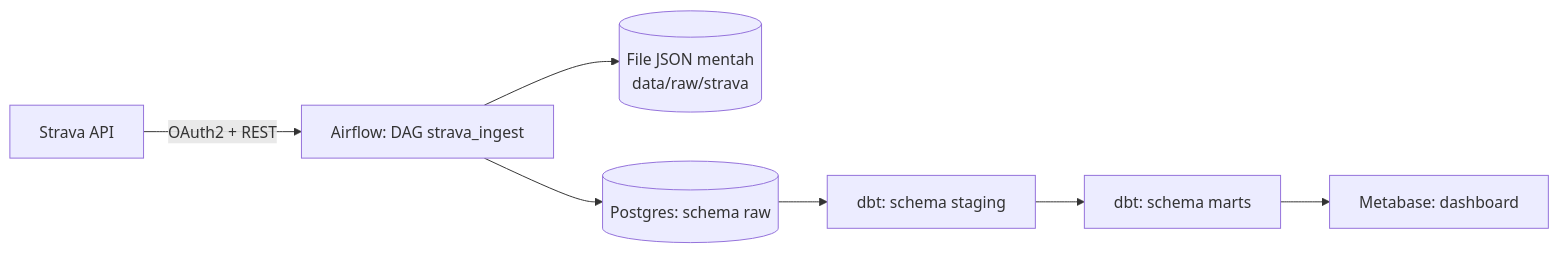
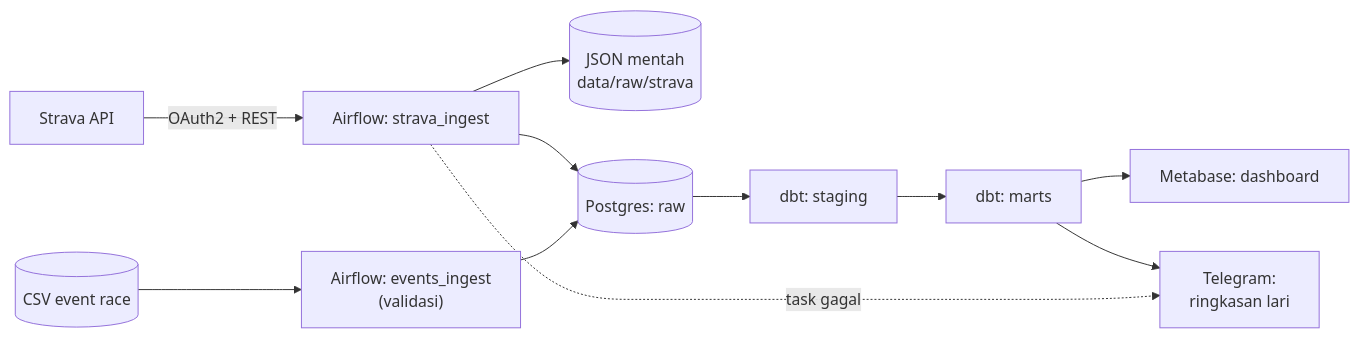
One commit to lazuadik/RunningTracker changed the diagram in README.md. Above: the diagram before and after it, drawn with Mermaid. The commit also changed other lines of this file and 7 other files, not shown here.

````diff
--- a/README.md
+++ b/README.md
@@ -24,9 +28,13 @@
 ```mermaid
 flowchart LR
-    A["Strava API"] -->|"OAuth2 + REST"| B["Airflow: DAG strava_ingest"]
-    B --> C[("File JSON mentah<br/>data/raw/strava")]
-    B --> D[("Postgres: schema raw")]
-    D --> E["dbt: schema staging"]
-    E --> F["dbt: schema marts"]
+    A["Strava API"] -->|"OAuth2 + REST"| B["Airflow: strava_ingest"]
+    CSV[("CSV event race")] --> V["Airflow: events_ingest<br/>(validasi)"]
+    B --> C[("JSON mentah<br/>data/raw/strava")]
+    B --> D[("Postgres: raw")]
+    V --> D
+    D --> E["dbt: staging"]
+    E --> F["dbt: marts"]
     F --> G["Metabase: dashboard"]
+    F --> T["Telegram:<br/>ringkasan lari"]
+    B -. "task gagal" .-> T
 ```
````
